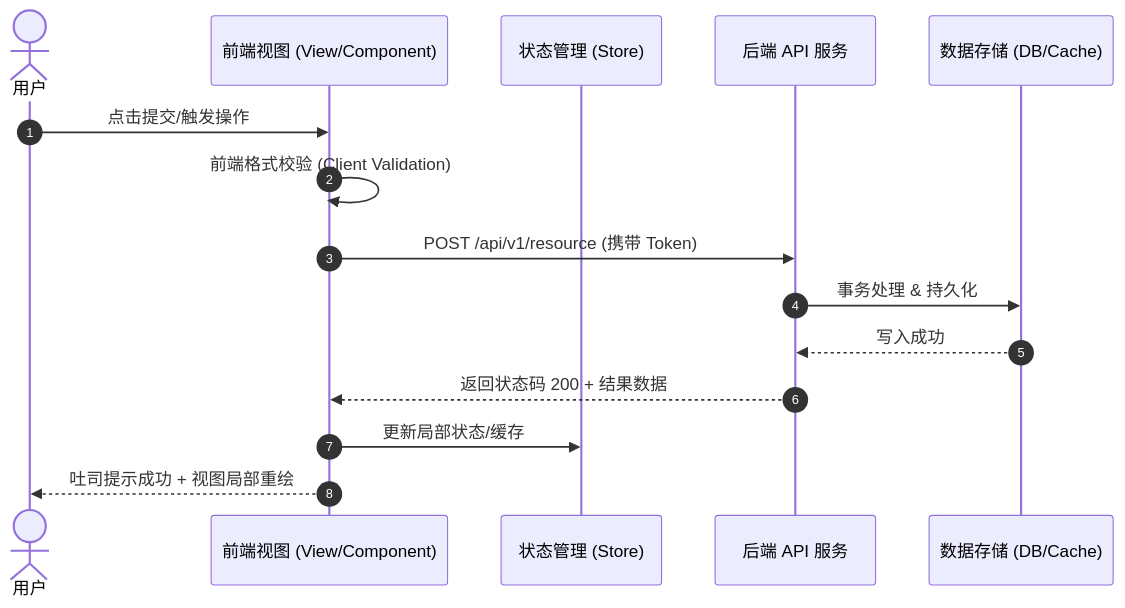
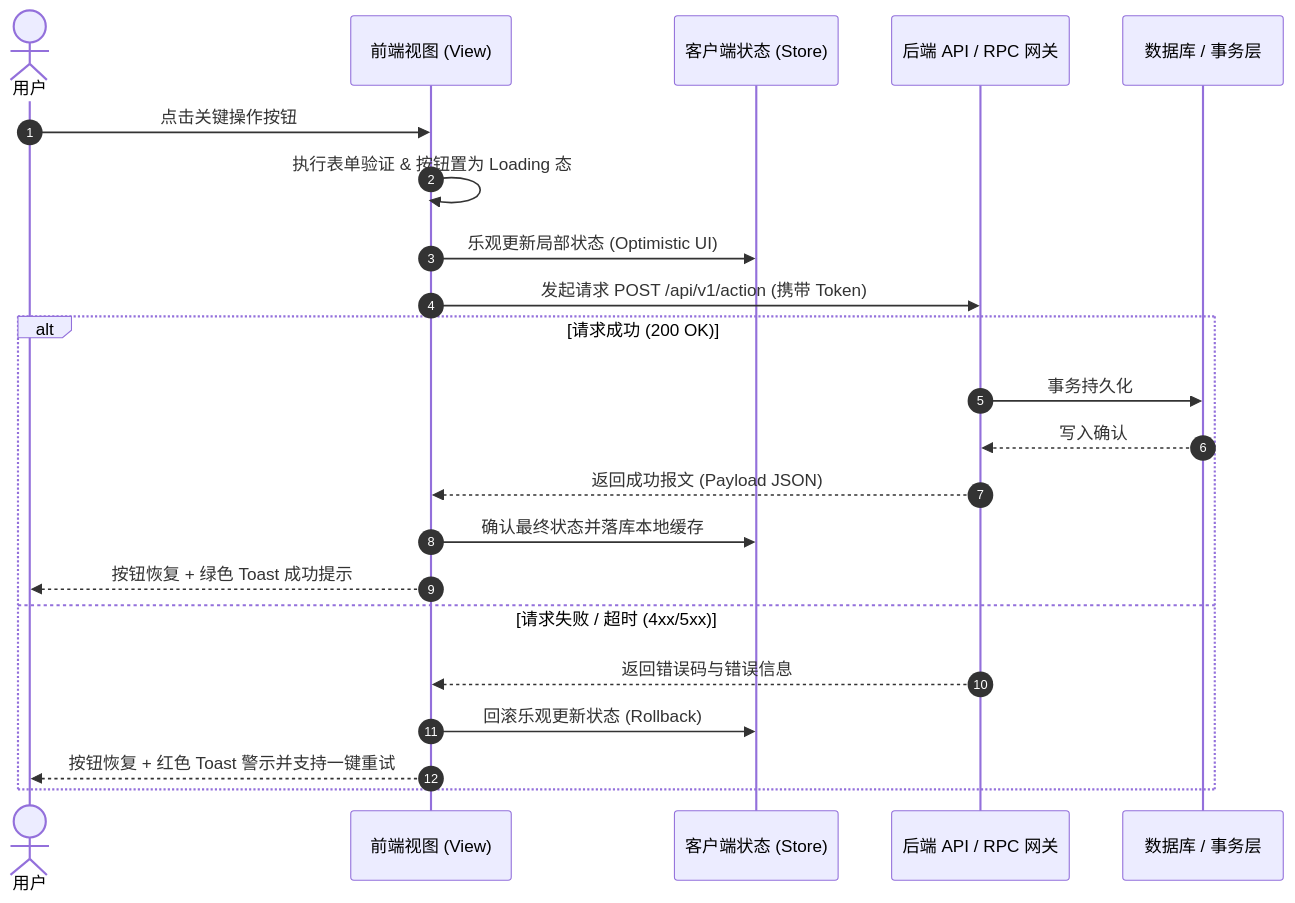
Before and after one commit to yurongfu-01/app-reverse-spec: the third of 4 diagrams in skills/app-reverse-spec/references/PRD_TEMPLATE.md, drawn with Mermaid. The commit also changed other lines of this file and 13 other files, not shown here.

Commit message:
feat: upgrade to v2.0.0 industrial 1:1 replication architecture & add Chatbox showcase package

````diff
--- a/skills/app-reverse-spec/references/PRD_TEMPLATE.md
+++ b/skills/app-reverse-spec/references/PRD_TEMPLATE.md
@@ -60,18 +109,25 @@
 ```mermaid
 sequenceDiagram
     autonumber
     actor User as 用户
-    participant UI as 前端视图 (View/Component)
-    participant State as 状态管理 (Store)
-    participant API as 后端 API 服务
-    participant DB as 数据存储 (DB/Cache)
+    participant View as 前端视图 (View)
+    participant Store as 客户端状态 (Store)
+    participant API as 后端 API / RPC 网关
+    participant DB as 数据库 / 事务层
 
-    User->>UI: 点击提交/触发操作
-    UI->>UI: 前端格式校验 (Client Validation)
-    UI->>API: POST /api/v1/resource (携带 Token)
-    API->>DB: 事务处理 & 持久化
-    DB-->>API: 写入成功
-    API-->>UI: 返回状态码 200 + 结果数据
-    UI->>State: 更新局部状态/缓存
-    UI-->>User: 吐司提示成功 + 视图局部重绘
+    User->>View: 点击关键操作按钮
+    View->>View: 执行表单验证 & 按钮置为 Loading 态
+    View->>Store: 乐观更新局部状态 (Optimistic UI)
+    View->>API: 发起请求 POST /api/v1/action (携带 Token)
+    alt 请求成功 (200 OK)
+        API->>DB: 事务持久化
+        DB-->>API: 写入确认
+        API-->>View: 返回成功报文 (Payload JSON)
+        View->>Store: 确认最终状态并落库本地缓存
+        View-->>User: 按钮恢复 + 绿色 Toast 成功提示
+    else 请求失败 / 超时 (4xx/5xx)
+        API-->>View: 返回错误码与错误信息
+        View->>Store: 回滚乐观更新状态 (Rollback)
+        View-->>User: 按钮恢复 + 红色 Toast 警示并支持一键重试
+    end
 ```
````
